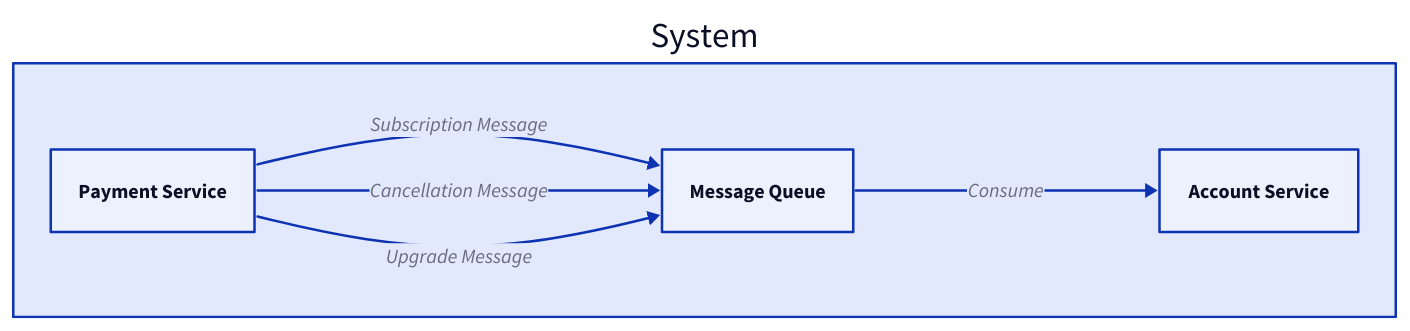
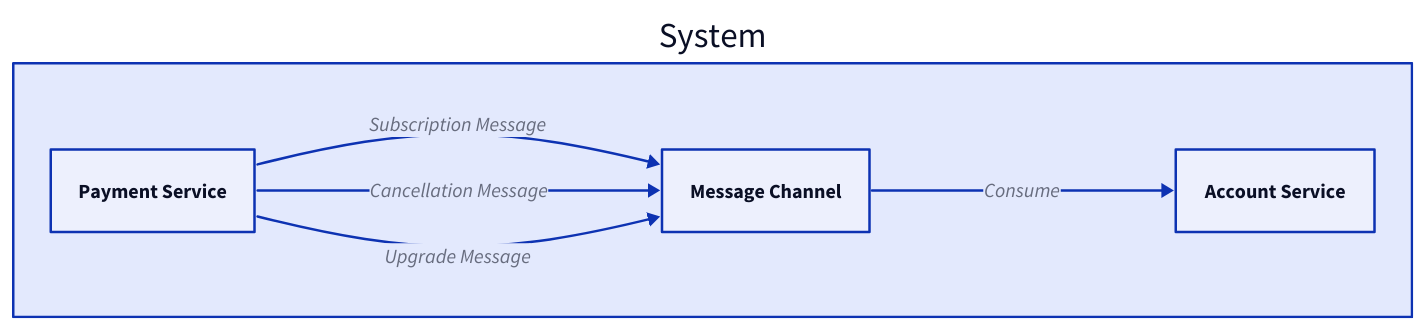
Diagram 13 of 14 in content/docs/web-service/microservice.md (link1905/system-design-101), drawn with D2 before and after one commit. The commit also changed other lines of this file and 52 other files, not shown here.

````diff
--- a/content/docs/web-service/microservice.md
+++ b/content/docs/web-service/microservice.md
@@ -543,18 +543,18 @@
 ```d2
 direction: right
 system: System {
     acc: Account Service {
         class: server
     }
     p: Payment Service {
         class: server
     }
-    mq: Message Queue {
+    mq: Message Channel {
         class: mq
     }
     p -> mq: Subscription Message
     p -> mq: Cancellation Message
     p -> mq: Upgrade Message
     acc <- mq: Consume
 }
 ```
````
